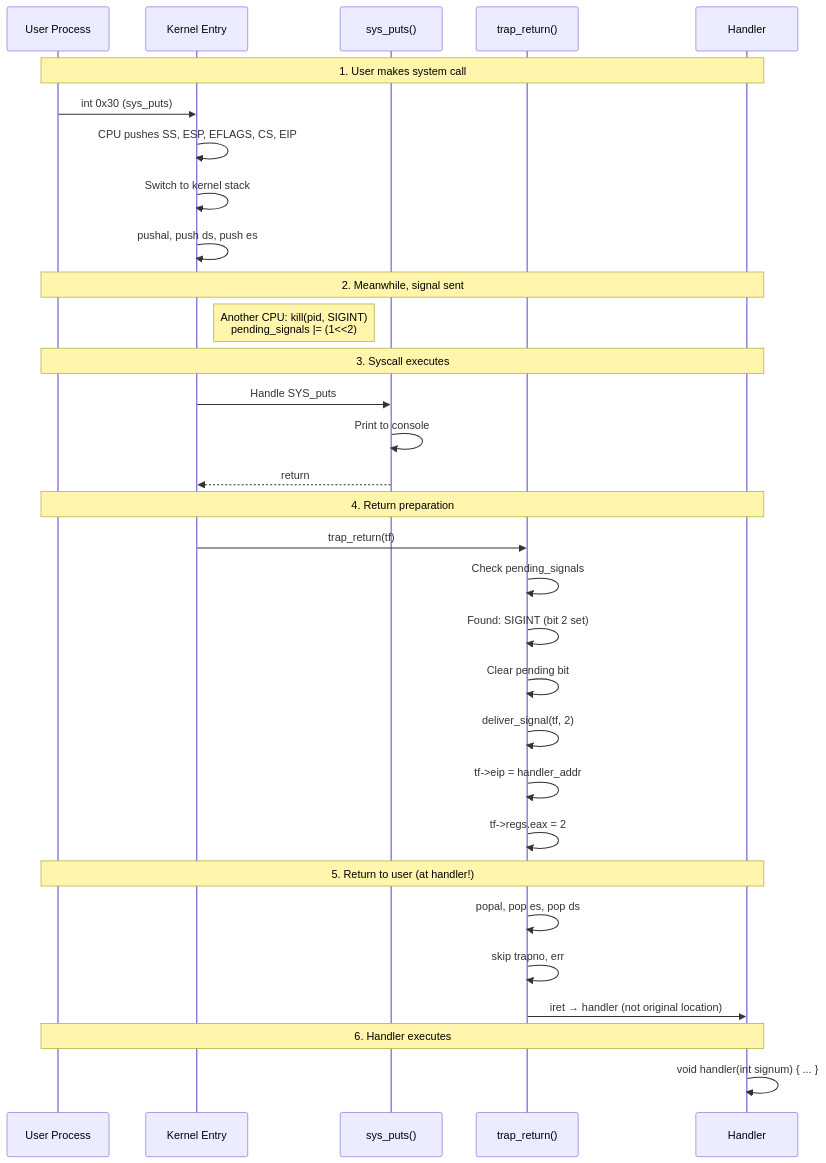
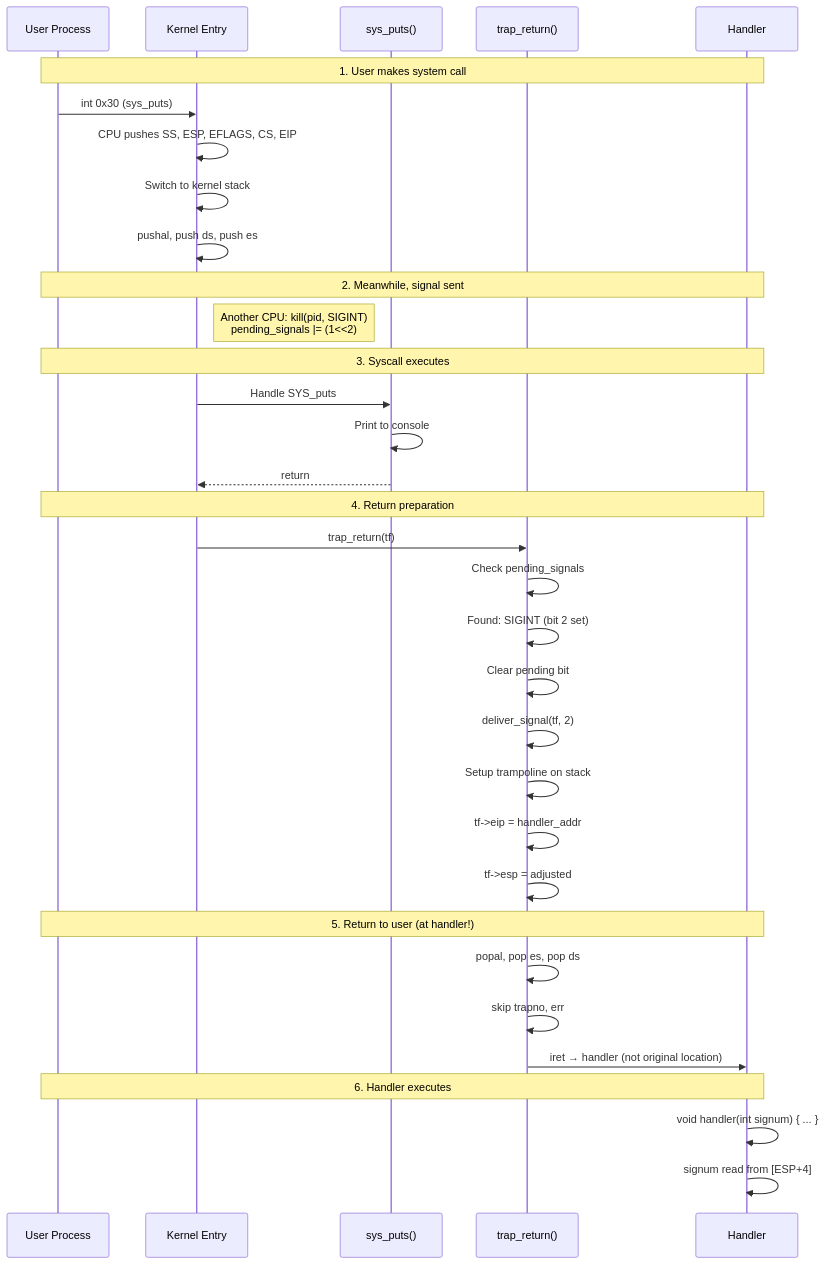
The fifth of 6 diagrams in docs/05_user_kernel_transition.md (SillyCatto/OS_Project-Signal), drawn with Mermaid before and after one commit. The commit also changed other lines of this file and 9 other files, not shown here.

````diff
--- a/docs/05_user_kernel_transition.md
+++ b/docs/05_user_kernel_transition.md
@@ -396,39 +415,41 @@
 ```mermaid
 sequenceDiagram
     participant UP as User Process
     participant K as Kernel Entry
     participant SC as sys_puts()
     participant TR as trap_return()
     participant H as Handler
 
     Note over UP,H: 1. User makes system call
     UP->>K: int 0x30 (sys_puts)
     K->>K: CPU pushes SS, ESP, EFLAGS, CS, EIP
     K->>K: Switch to kernel stack
     K->>K: pushal, push ds, push es
 
     Note over UP,H: 2. Meanwhile, signal sent
     Note right of K: Another CPU: kill(pid, SIGINT)<br/>pending_signals |= (1<<2)
 
     Note over UP,H: 3. Syscall executes
     K->>SC: Handle SYS_puts
     SC->>SC: Print to console
     SC-->>K: return
 
     Note over UP,H: 4. Return preparation
     K->>TR: trap_return(tf)
     TR->>TR: Check pending_signals
     TR->>TR: Found: SIGINT (bit 2 set)
     TR->>TR: Clear pending bit
     TR->>TR: deliver_signal(tf, 2)
+    TR->>TR: Setup trampoline on stack
     TR->>TR: tf->eip = handler_addr
-    TR->>TR: tf->regs.eax = 2
+    TR->>TR: tf->esp = adjusted
 
     Note over UP,H: 5. Return to user (at handler!)
     TR->>TR: popal, pop es, pop ds
     TR->>TR: skip trapno, err
     TR->>H: iret → handler (not original location)
 
     Note over UP,H: 6. Handler executes
     H->>H: void handler(int signum) { ... }
+    H->>H: signum read from [ESP+4]
 ```
````
